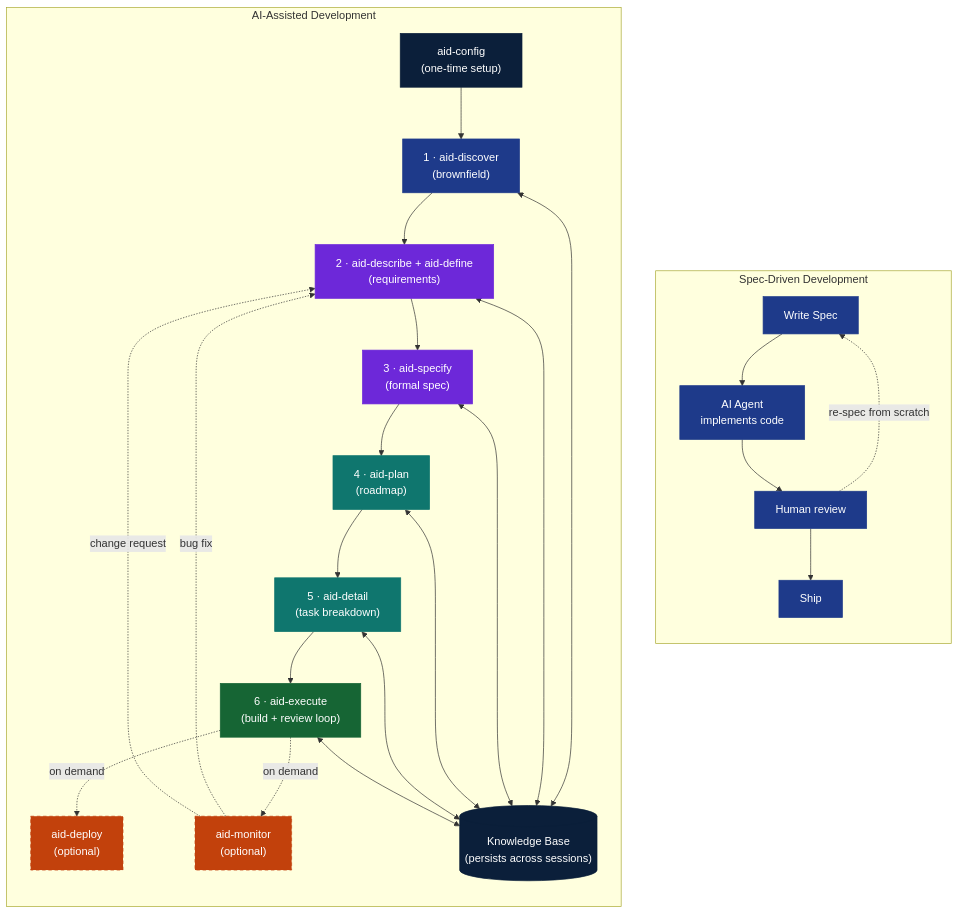
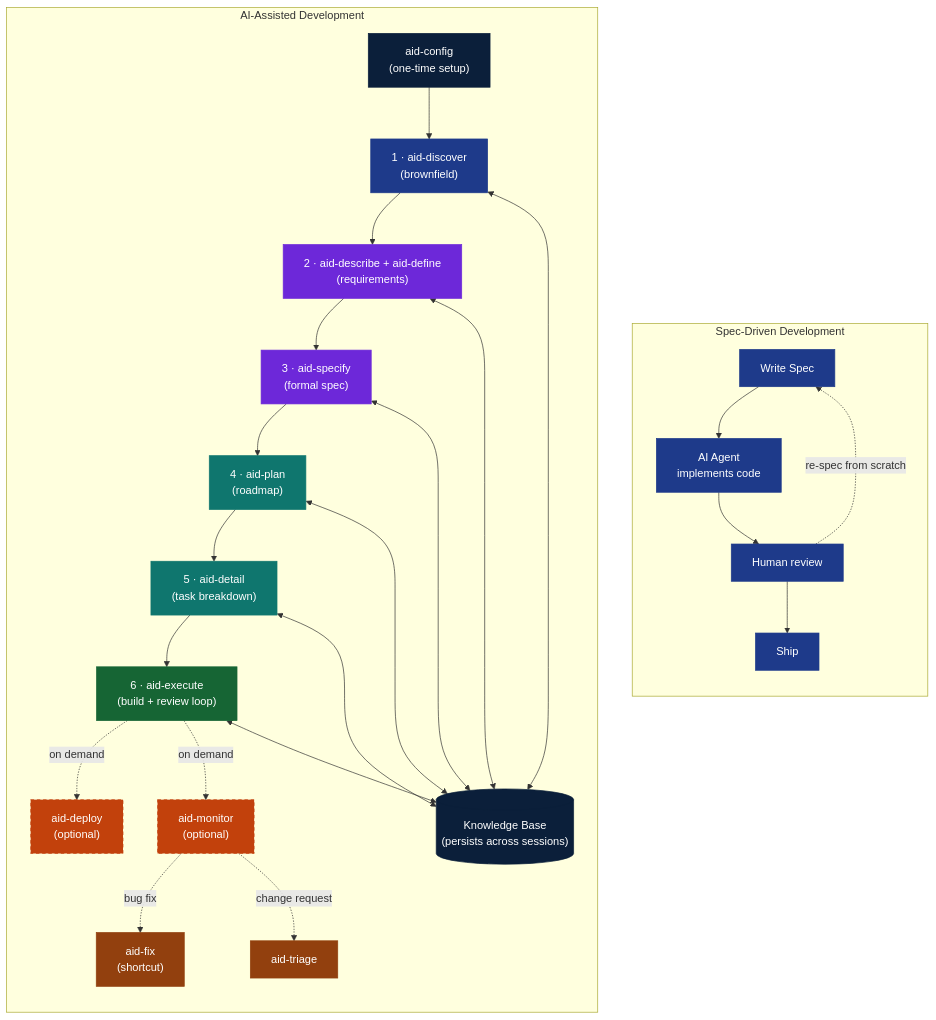
One commit to AndreVianna/aid-methodology changed the seventh of 7 diagrams in docs/aid-methodology.md. Above: the diagram before and after it, drawn with Mermaid. The commit also changed other lines of this file and 37 other files, not shown here.

````diff
--- a/docs/aid-methodology.md
+++ b/docs/aid-methodology.md
@@ -1277,47 +1321,50 @@
 ```mermaid
 flowchart TB
     classDef sdd  fill:#1E3A8A,stroke:#1E3A8A,color:#ffffff
     classDef aid_prep  fill:#1E3A8A,stroke:#1E3A8A,color:#ffffff
     classDef aid_def   fill:#6D28D9,stroke:#6D28D9,color:#ffffff
     classDef aid_map   fill:#0F766E,stroke:#0F766E,color:#ffffff
     classDef aid_exe   fill:#166534,stroke:#166534,color:#ffffff
     classDef aid_del   fill:#C2410C,stroke:#C2410C,color:#ffffff,stroke-dasharray:5 4
     classDef kb        fill:#0B1F3A,stroke:#0B1F3A,color:#ffffff
+    classDef aid_entry fill:#92400E,stroke:#92400E,color:#ffffff
 
     subgraph SDD["Spec-Driven Development"]
         direction TB
         S1["Write Spec"]:::sdd
         S2["AI Agent<br/>implements code"]:::sdd
         S3["Human review"]:::sdd
         S4["Ship"]:::sdd
         S1 --> S2 --> S3 --> S4
         S3 -. "re-spec from scratch" .-> S1
     end
 
     subgraph AID["AI-Assisted Development"]
         direction TB
         A0["aid-config<br/>(one-time setup)"]:::kb
         A1["1 · aid-discover<br/>(brownfield)"]:::aid_prep
         A2["2 · aid-describe + aid-define<br/>(requirements)"]:::aid_def
         A3["3 · aid-specify<br/>(formal spec)"]:::aid_def
         A4["4 · aid-plan<br/>(roadmap)"]:::aid_map
         A5["5 · aid-detail<br/>(task breakdown)"]:::aid_map
         A6["6 · aid-execute<br/>(build + review loop)"]:::aid_exe
         KB[("Knowledge Base<br/>(persists across sessions)")]:::kb
         Dep["aid-deploy<br/>(optional)"]:::aid_del
         Mon["aid-monitor<br/>(optional)"]:::aid_del
+        Fx["aid-fix<br/>(shortcut)"]:::aid_entry
+        Tr["aid-triage"]:::aid_entry
 
         A0 --> A1 --> A2 --> A3 --> A4 --> A5 --> A6
         A6 -. "on demand" .-> Dep
         A6 -. "on demand" .-> Mon
-        Mon -. "bug fix" .-> A2
-        Mon -. "change request" .-> A2
+        Mon -. "bug fix" .-> Fx
+        Mon -. "change request" .-> Tr
 
         A1 <--> KB
         A2 <--> KB
         A3 <--> KB
         A4 <--> KB
         A5 <--> KB
         A6 <--> KB
     end
 ```
````
